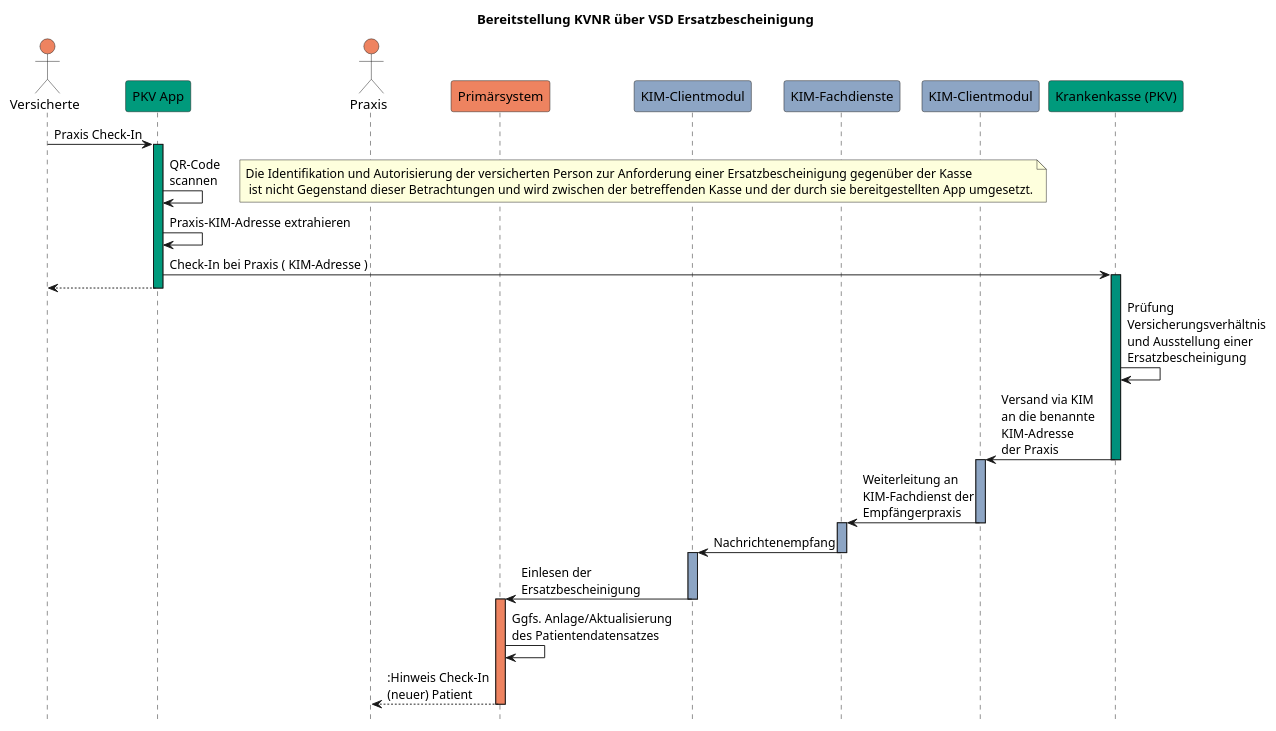
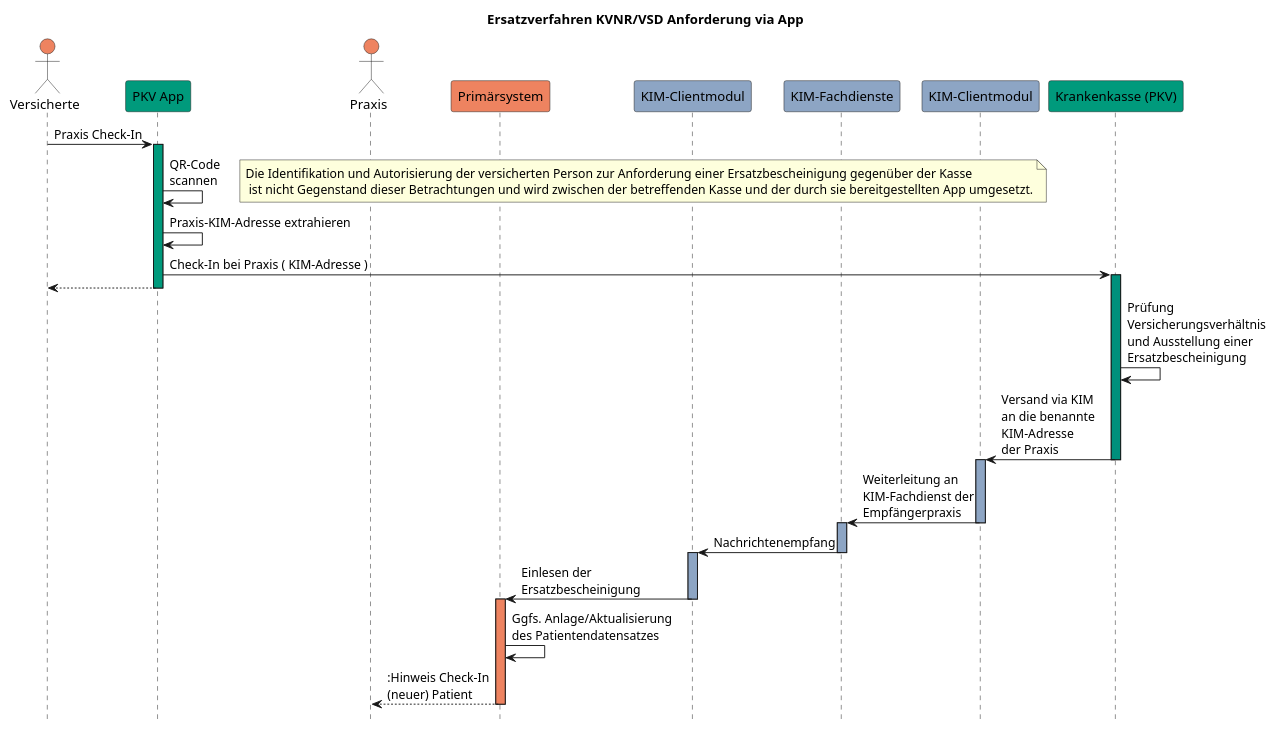
Before and after one commit to gematik/spec-VSDM-Ersatzbescheinigung: the diagram in ImplementationGuide/images/pkv_ersatzverfahren.puml, drawn with PlantUML. The commit also changed 3 other files, not shown here.

Commit message:
diagram title

```diff
--- a/ImplementationGuide/images/pkv_ersatzverfahren.puml
+++ b/ImplementationGuide/images/pkv_ersatzverfahren.puml
@@ -1,40 +1,40 @@
 @startuml pkv_ersatzverfahren
 
 hide footbox
-title Bereitstellung KVNR über VSD Ersatzbescheinigung
+title Ersatzverfahren KVNR/VSD Anforderung via App
 actor Vers as "Versicherte" #ee8360
 participant App as "PKV App" #009a7c
 actor LE as "Praxis" #ee8360
 participant PVS as "Primärsystem" #ee8360
 participant KIMCM1 as "KIM-Clientmodul" #8da5c4
 participant KIMFD as "KIM-Fachdienste" #8da5c4
 participant KIMCM2 as "KIM-Clientmodul" #8da5c4
 participant Kasse as "Krankenkasse (PKV)" #009a7c
 
 Vers -> App: Praxis Check-In
 activate App #009a7c
 App -> App: QR-Code\nscannen
 note right: Die Identifikation und Autorisierung der versicherten Person zur Anforderung einer Ersatzbescheinigung gegenüber der Kasse\n ist nicht Gegenstand dieser Betrachtungen und wird zwischen der betreffenden Kasse und der durch sie bereitgestellten App umgesetzt.
 App -> App: Praxis-KIM-Adresse extrahieren
 App -> Kasse: Check-In bei Praxis ( KIM-Adresse )
 activate Kasse #00907c
 App --> Vers:
 deactivate App
 Kasse -> Kasse: Prüfung\nVersicherungsverhältnis\nund Ausstellung einer\nErsatzbescheinigung
 Kasse -> KIMCM2: Versand via KIM\nan die benannte\nKIM-Adresse\nder Praxis
 deactivate Kasse
 activate KIMCM2 #8da5c4
 KIMCM2 -> KIMFD: Weiterleitung an\nKIM-Fachdienst der\nEmpfängerpraxis
 deactivate KIMCM2
 activate KIMFD #8da5c4
 KIMFD -> KIMCM1: Nachrichtenempfang
 deactivate KIMFD
 activate KIMCM1 #8da5c4
 KIMCM1 -> PVS: Einlesen der\nErsatzbescheinigung
 deactivate KIMCM1
 activate PVS #ee8360
 PVS -> PVS: Ggfs. Anlage/Aktualisierung\ndes Patientendatensatzes
 PVS ---> LE: :Hinweis Check-In\n(neuer) Patient
 deactivate PVS
 
 @enduml
```
